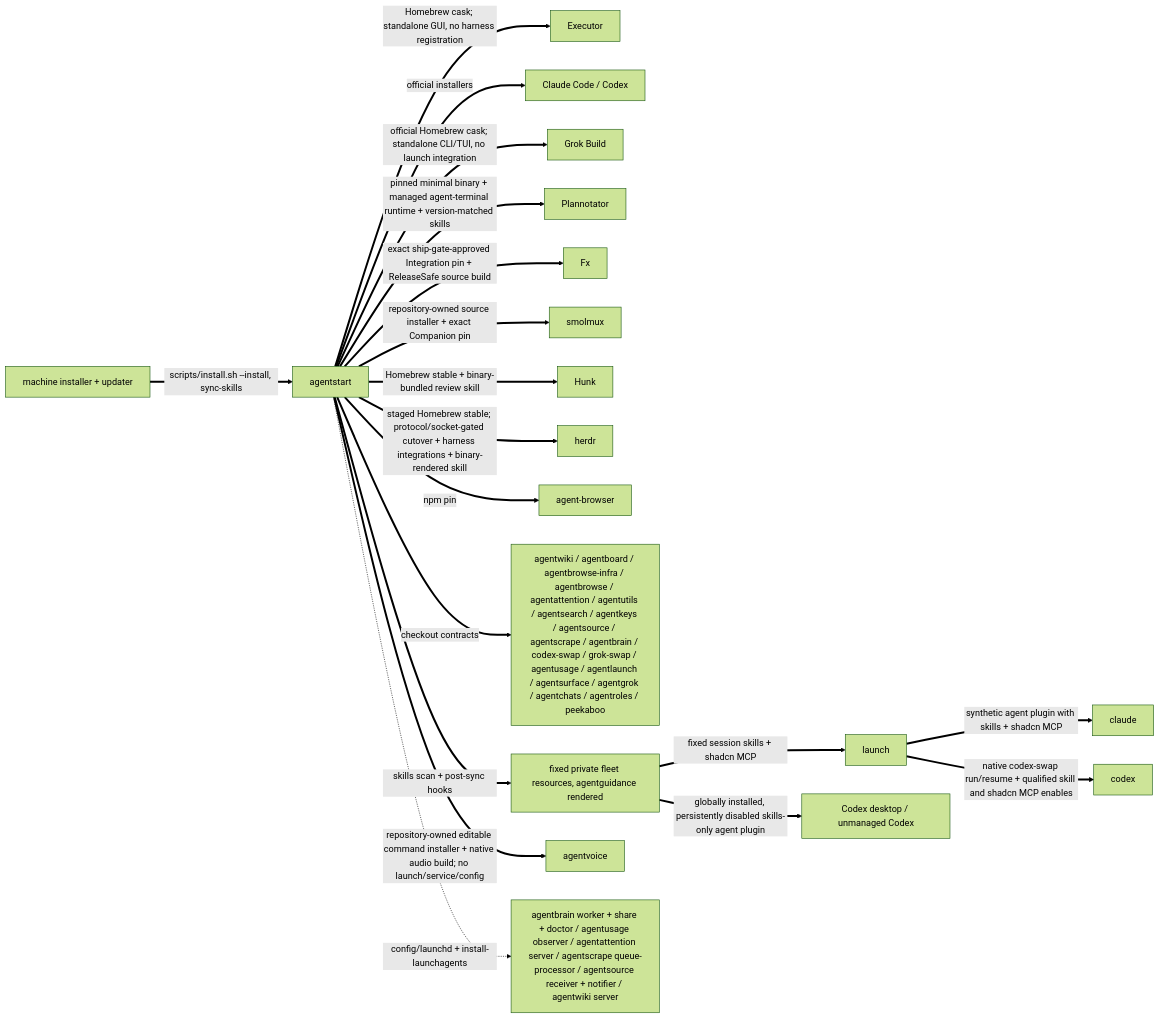
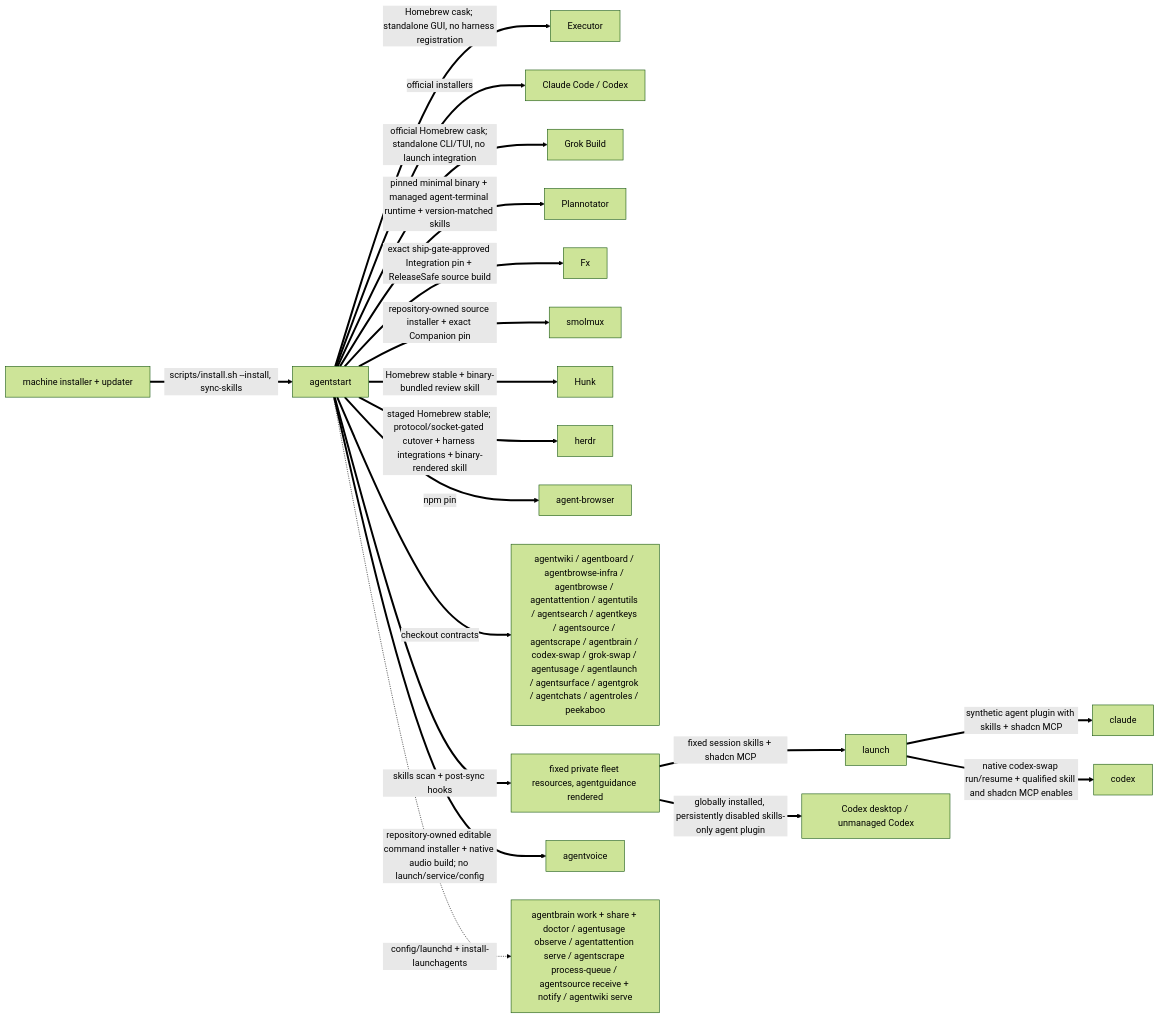
Before and after one commit to possibilities/agentstart: the second of 3 diagrams in skills/fleet/MAP.md, drawn with Mermaid (forest theme). The commit also changed other lines of this file and 18 other files, not shown here.

````diff
--- a/skills/fleet/MAP.md
+++ b/skills/fleet/MAP.md
@@ -106,24 +106,24 @@
 ```mermaid
 flowchart LR
     machine[machine installer + updater]
     start[agentstart]
 
     machine ==>|scripts/install.sh --install, sync-skills| start
     start ==>|Homebrew cask; standalone GUI, no harness registration| executor[Executor]
     start ==>|official installers| harnesses[Claude Code / Codex]
     start ==>|official Homebrew cask; standalone CLI/TUI, no launch integration| grok[Grok Build]
     start ==>|pinned minimal binary + managed agent-terminal runtime + version-matched skills| plannotator[Plannotator]
     start ==>|exact ship-gate-approved Integration pin + ReleaseSafe source build| fx[Fx]
     start ==>|repository-owned source installer + exact Companion pin| smolmuxInstall[smolmux]
     start ==>|Homebrew stable + binary-bundled review skill| hunk[Hunk]
     start ==>|staged Homebrew stable; protocol/socket-gated cutover + harness integrations + binary-rendered skill| herdrInstall[herdr]
     start ==>|npm pin| browser[agent-browser]
     start ==>|checkout contracts| fleet[agentwiki / agentboard / agentbrowse-infra / agentbrowse / agentattention / agentutils / agentsearch / agentkeys / agentsource / agentscrape / agentbrain / codex-swap / grok-swap / agentusage / agentlaunch / agentsurface / agentgrok / agentchats / agentroles / peekaboo]
     start ==>|skills scan + post-sync hooks| skills[fixed private fleet resources, agentguidance rendered]
     start ==>|repository-owned editable command installer + native audio build; no launch/service/config| voiceInstall[agentvoice]
     skills ==>|fixed session skills + shadcn MCP| launch
     launch ==>|synthetic agent plugin with skills + shadcn MCP| claude
     launch ==>|native codex-swap run/resume + qualified skill and shadcn MCP enables| codex
     skills ==>|globally installed, persistently disabled skills-only agent plugin| codexDesktop[Codex desktop / unmanaged Codex]
-    start -.->|config/launchd + install-launchagents| services[agentbrain worker + share + doctor / agentusage observer / agentattention server / agentscrape queue-processor / agentsource receiver + notifier / agentwiki server]
+    start -.->|config/launchd + install-launchagents| services[agentbrain work + share + doctor / agentusage observe / agentattention serve / agentscrape process-queue / agentsource receive + notify / agentwiki serve]
 ```
````
